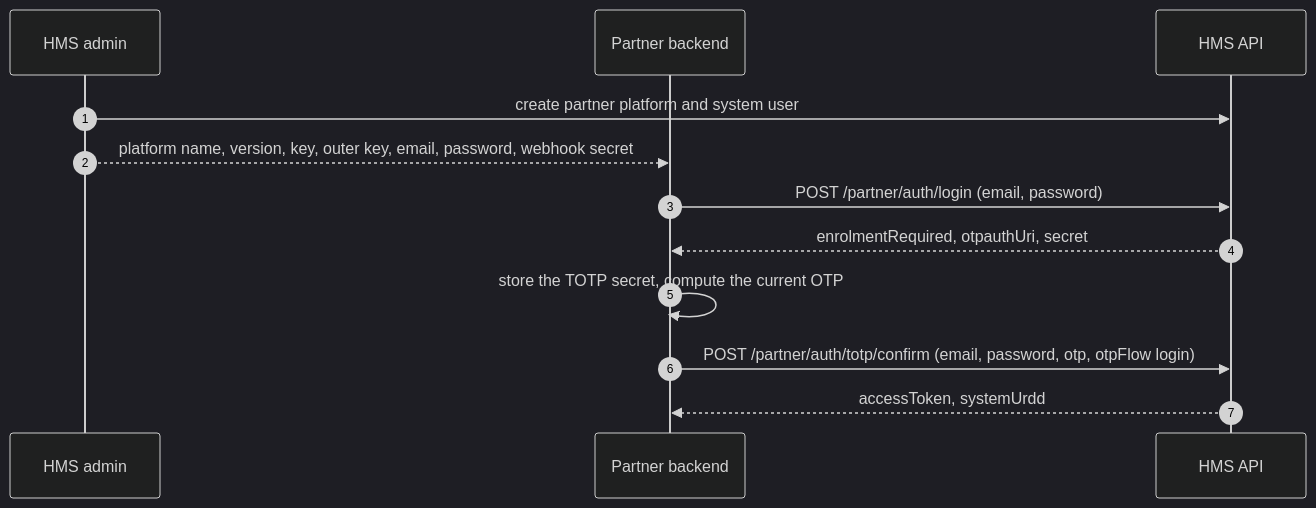
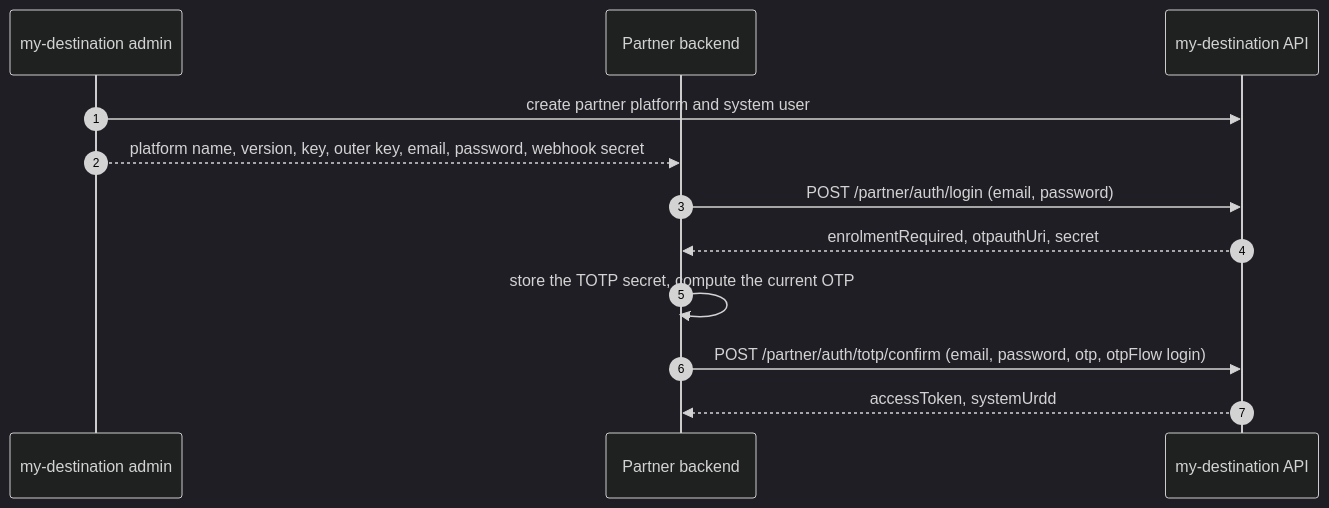
The first of 6 diagrams in docs/hms-documentation/visits/partner-integration-guide.md (Aashir-Adnan/UBS-Doc), drawn with Mermaid (dark theme) before and after one commit. The commit also changed other lines of this file and 24 other files, not shown here.

````diff
--- a/docs/hms-documentation/visits/partner-integration-guide.md
+++ b/docs/hms-documentation/visits/partner-integration-guide.md
@@ -250,14 +279,14 @@
 ```mermaid
 sequenceDiagram
   autonumber
-  participant HA as HMS admin
+  participant HA as my-destination admin
   participant P as Partner backend
-  participant H as HMS API
+  participant H as my-destination API
   HA->>H: create partner platform and system user
   HA-->>P: platform name, version, key, outer key, email, password, webhook secret
   P->>H: POST /partner/auth/login (email, password)
   H-->>P: enrolmentRequired, otpauthUri, secret
   P->>P: store the TOTP secret, compute the current OTP
   P->>H: POST /partner/auth/totp/confirm (email, password, otp, otpFlow login)
   H-->>P: accessToken, systemUrdd
 ```
````
